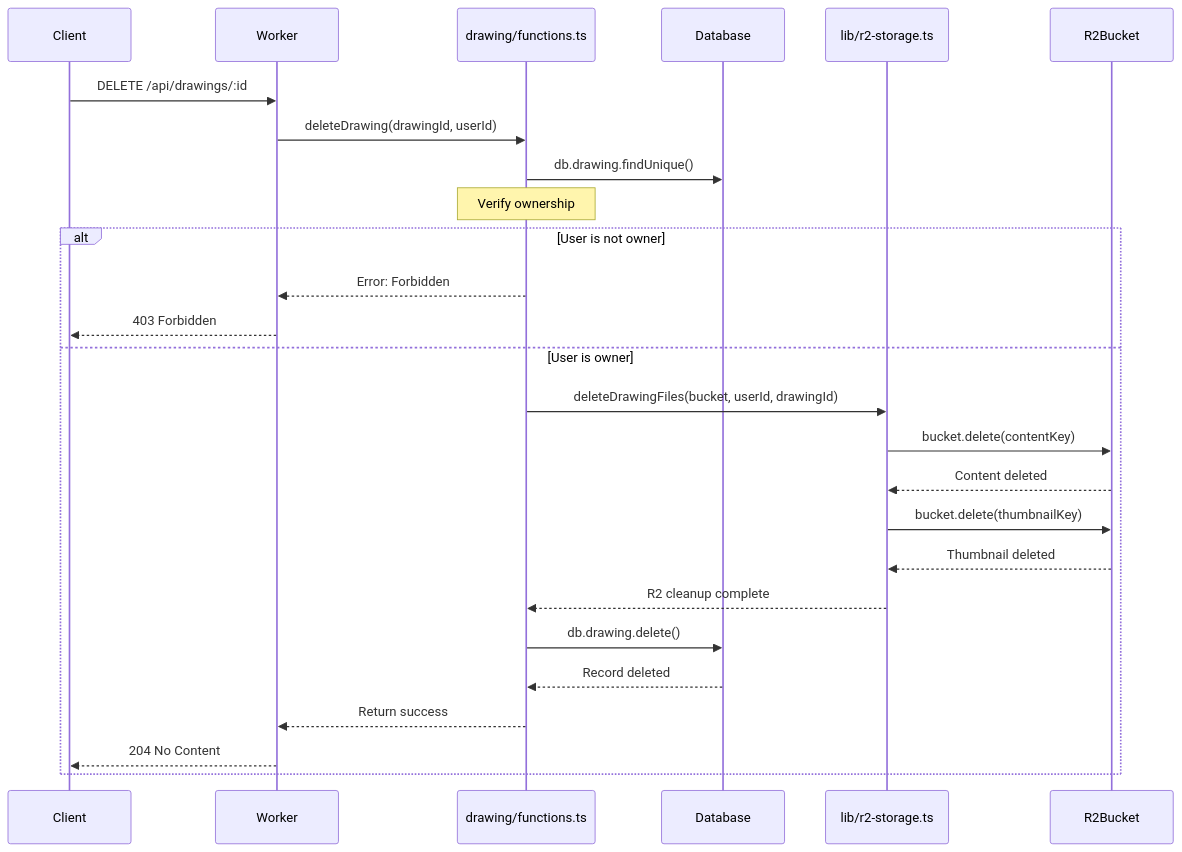
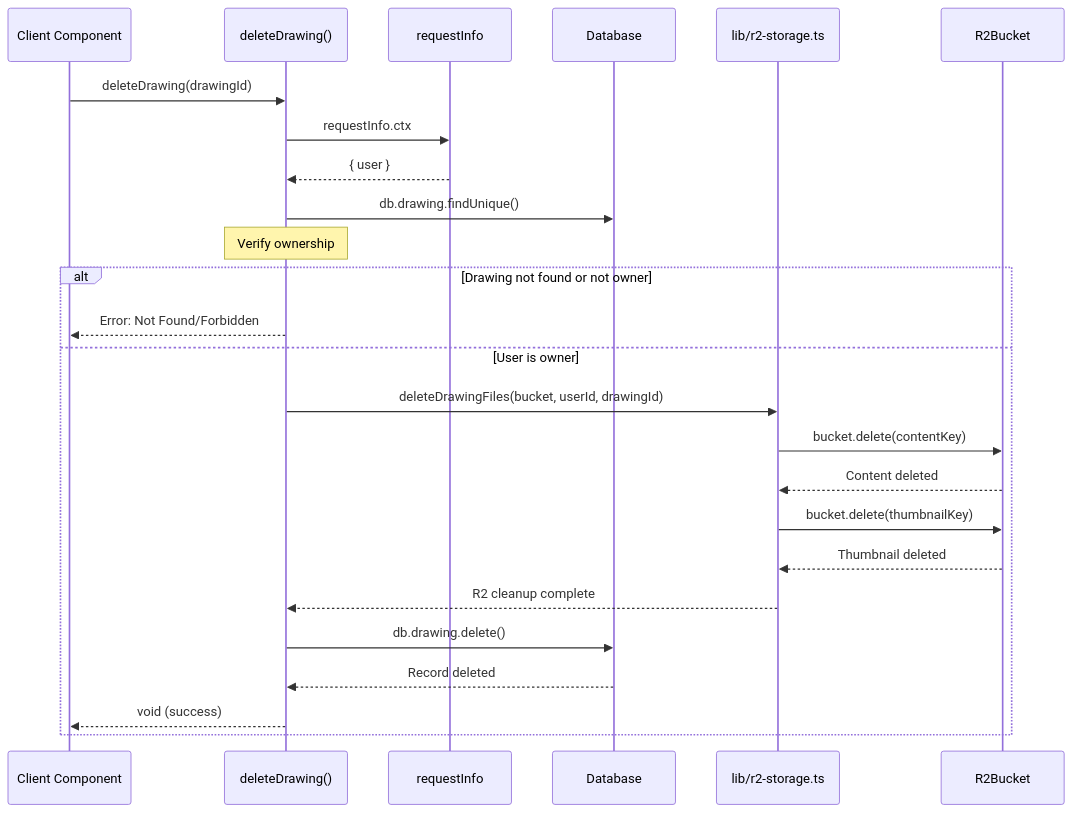
Before and after one commit to pddhkt/excalidraw-redwood-app: the fifth of 6 diagrams in DRAWING_API_DOCUMENTATION.md, drawn with Mermaid. The commit also changed other lines of this file, not shown here.

First line of the commit message:
Update drawing API documentation to use RedwoodSDK server functions

````diff
--- a/DRAWING_API_DOCUMENTATION.md
+++ b/DRAWING_API_DOCUMENTATION.md
@@ -680,37 +783,35 @@
 ```mermaid
 sequenceDiagram
-    participant Client
-    participant Worker
-    participant Functions as drawing/functions.ts
+    participant ClientComponent as Client Component
+    participant ServerFunction as deleteDrawing()
+    participant RequestInfo as requestInfo
     participant Database
     participant R2Utils as lib/r2-storage.ts
     participant R2Bucket
 
-    Client->>Worker: DELETE /api/drawings/:id
+    ClientComponent->>ServerFunction: deleteDrawing(drawingId)
 
-    Worker->>Functions: deleteDrawing(drawingId, userId)
+    ServerFunction->>RequestInfo: requestInfo.ctx
+    RequestInfo-->>ServerFunction: { user }
 
-    Functions->>Database: db.drawing.findUnique()
-    Note over Functions: Verify ownership
+    ServerFunction->>Database: db.drawing.findUnique()
+    Note over ServerFunction: Verify ownership
 
-    alt User is not owner
-        Functions-->>Worker: Error: Forbidden
-        Worker-->>Client: 403 Forbidden
+    alt Drawing not found or not owner
+        ServerFunction-->>ClientComponent: Error: Not Found/Forbidden
     else User is owner
-        Functions->>R2Utils: deleteDrawingFiles(bucket, userId, drawingId)
+        ServerFunction->>R2Utils: deleteDrawingFiles(bucket, userId, drawingId)
 
         R2Utils->>R2Bucket: bucket.delete(contentKey)
         R2Bucket-->>R2Utils: Content deleted
 
         R2Utils->>R2Bucket: bucket.delete(thumbnailKey)
         R2Bucket-->>R2Utils: Thumbnail deleted
 
-        R2Utils-->>Functions: R2 cleanup complete
+        R2Utils-->>ServerFunction: R2 cleanup complete
 
-        Functions->>Database: db.drawing.delete()
-        Database-->>Functions: Record deleted
-        Functions-->>Worker: Return success
-
-        Worker-->>Client: 204 No Content
+        ServerFunction->>Database: db.drawing.delete()
+        Database-->>ServerFunction: Record deleted
+        ServerFunction-->>ClientComponent: void (success)
     end
 ```
````
